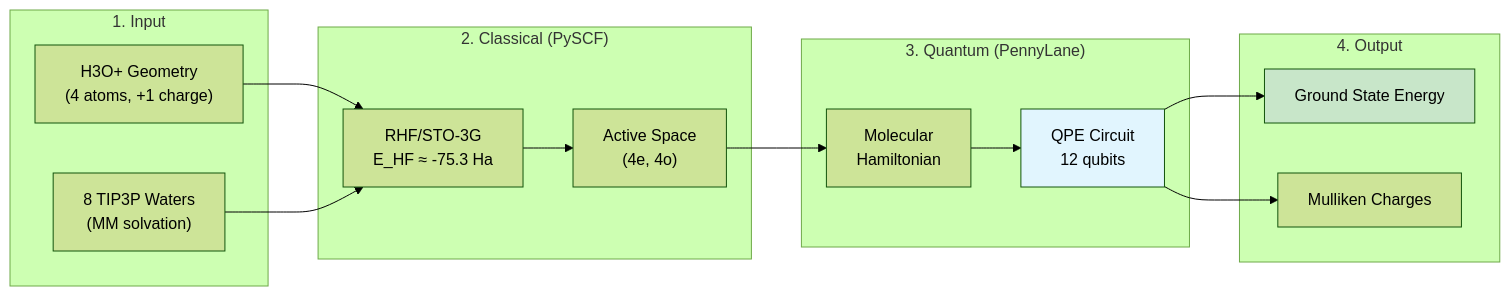
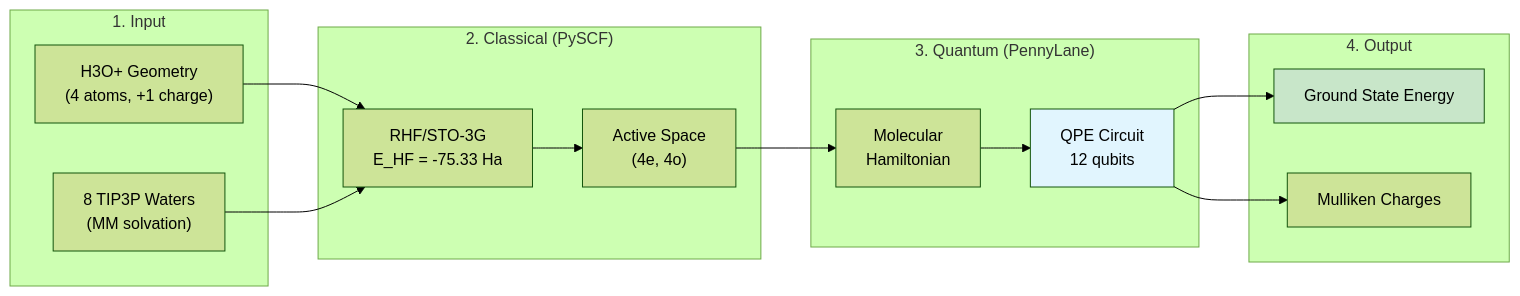
Before and after one commit to yjmaxpayne/q2m3: the diagram in examples/README.md, drawn with Mermaid (forest theme). The commit also changed other lines of this file and 2 other files, not shown here.

````diff
--- a/examples/README.md
+++ b/examples/README.md
@@ -18,30 +19,30 @@
 ```mermaid
 flowchart LR
     subgraph Input["1. Input"]
         A["H3O+ Geometry<br/>(4 atoms, +1 charge)"]
         B["8 TIP3P Waters<br/>(MM solvation)"]
     end
 
     subgraph Classical["2. Classical (PySCF)"]
-        C["RHF/STO-3G<br/>E_HF ≈ -75.3 Ha"]
+        C["RHF/STO-3G<br/>E_HF = -75.33 Ha"]
         D["Active Space<br/>(4e, 4o)"]
     end
 
     subgraph Quantum["3. Quantum (PennyLane)"]
         E["Molecular<br/>Hamiltonian"]
         F["QPE Circuit<br/>12 qubits"]
     end
 
     subgraph Output["4. Output"]
         G["Ground State Energy"]
         H["Mulliken Charges"]
     end
 
     A --> C
     B --> C
     C --> D --> E --> F --> G
     F --> H
 
     style F fill:#e1f5fe
     style G fill:#c8e6c9
 ```
````
